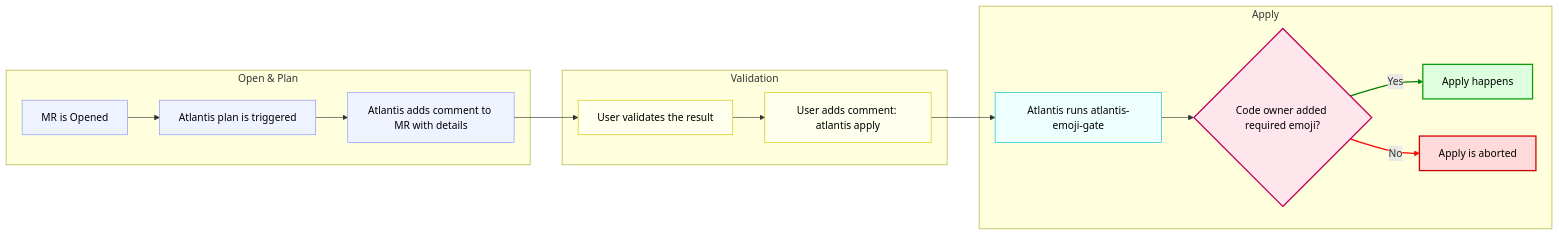
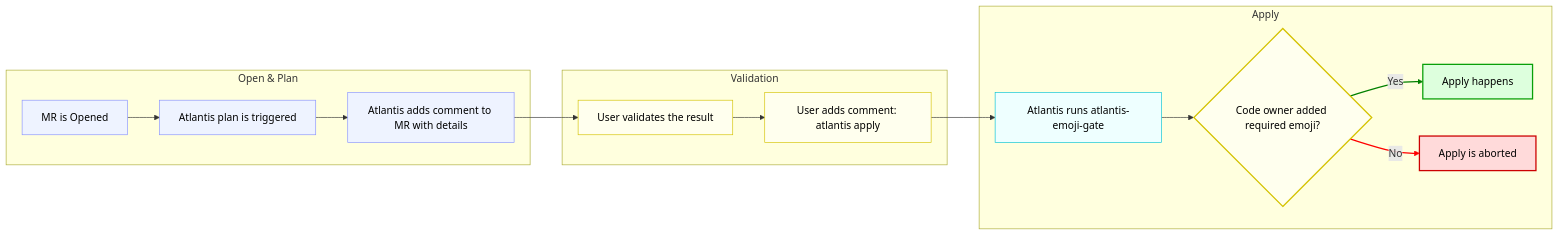
Before and after one commit to shini4i/atlantis-emoji-gate: the diagram in README.md, drawn with Mermaid.

Commit message:
adjust colors

````diff
--- a/README.md
+++ b/README.md
@@ -23,36 +23,36 @@
 ```mermaid
 graph LR
 
     subgraph "Open & Plan"
         A[MR is Opened] --> B[Atlantis plan is triggered]
         B --> C[Atlantis adds comment to MR with details]
     end
 
     subgraph "Validation"
         C --> D[User validates the result]
         D --> E[User adds comment: atlantis apply]
     end
 
     subgraph "Apply"
         E --> F[Atlantis runs atlantis-emoji-gate]
         F --> G{Code owner added required emoji?}
         G -->|Yes| H[Apply happens]
         G -->|No| I[Apply is aborted]
     end
 
 %% Style the nodes
     style A fill:#EEF3FF,stroke:#8892FF,stroke-width:1px,color:#000
     style B fill:#EEF3FF,stroke:#8892FF,stroke-width:1px,color:#000
     style C fill:#EEF3FF,stroke:#8892FF,stroke-width:1px,color:#000
     style D fill:#FFFFEE,stroke:#D4C200,stroke-width:1px,color:#000
     style E fill:#FFFFEE,stroke:#D4C200,stroke-width:1px,color:#000
     style F fill:#EEFFFF,stroke:#00C2D4,stroke-width:1px,color:#000
-    style G fill:#FFE5EC,stroke:#C2005B,stroke-width:2px,color:#000
+    style G fill:#FFFFEE,stroke:#D4C200,stroke-width:2px,color:#000
     style H fill:#DDFFDD,stroke:#09A009,stroke-width:2px,color:#000
     style I fill:#FFDADA,stroke:#CC0000,stroke-width:2px,color:#000
 
 %% Style specific links (6 and 7 from the original diagram)
     linkStyle 6 stroke:green,stroke-width:2px
     linkStyle 7 stroke:red,stroke-width:2px
 
 ```
````
